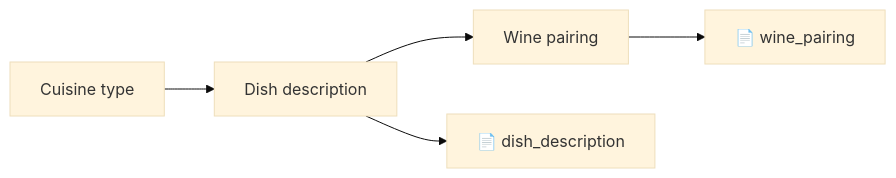
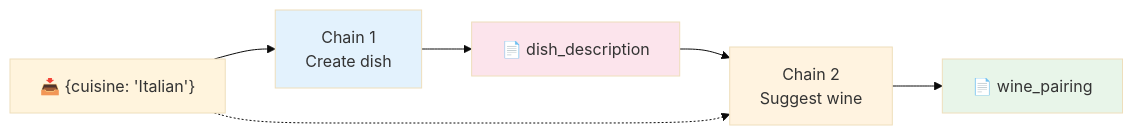
One commit to remolaan/Agentic-AI-Cookbook changed the fourth of 4 diagrams in 05_chains/README.md. Above: the diagram before and after it, drawn with Mermaid (base theme). The commit also changed other lines of this file and 16 other files, not shown here.

Commit message:
Enhance READMEs 02-18 with Mermaid diagrams and detailed explanations

````diff
--- a/05_chains/README.md
+++ b/05_chains/README.md
@@ -30,6 +96,13 @@
 ```mermaid
 flowchart LR
-    A["Cuisine type"] --> B["Dish description"] --> C["Wine pairing"]
-    B --> D["📄 dish_description"]
-    C --> E["📄 wine_pairing"]
+    I["📥 {cuisine: 'Italian'}"] --> C1["Chain 1<br/>Create dish"]
+    C1 --> D["📄 dish_description"]
+    D --> C2["Chain 2<br/>Suggest wine"]
+    C2 --> W["📄 wine_pairing"]
+    I -.-> C2
+    
+    style C1 fill:#e3f2fd
+    style C2 fill:#fff3e0
+    style D fill:#fce4ec
+    style W fill:#e8f5e9
 ```
````
